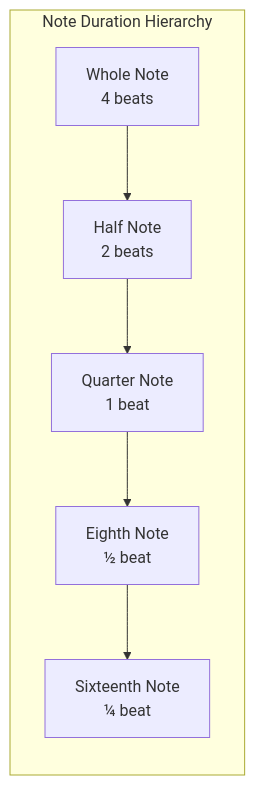
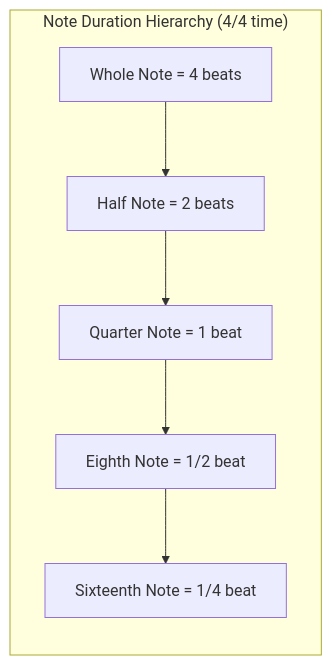
Before and after one commit to blebleblee/synapse: the first of 3 diagrams in topics/arts/composition/notation/lesson_02_notation_forms.md, drawn with Mermaid. The commit also changed other lines of this file and 3 other files, not shown here.

````diff
--- a/topics/arts/composition/notation/lesson_02_notation_forms.md
+++ b/topics/arts/composition/notation/lesson_02_notation_forms.md
@@ -31,9 +40,9 @@
 ```mermaid
 graph LR
-    subgraph sub_durations ["Note Duration Hierarchy"]
-        A["Whole Note<br>4 beats"] --> B["Half Note<br>2 beats"]
-        B --> C["Quarter Note<br>1 beat"]
-        C --> D["Eighth Note<br>½ beat"]
-        D --> E["Sixteenth Note<br>¼ beat"]
+    subgraph sub_durations ["Note Duration Hierarchy (4/4 time)"]
+        A["Whole Note = 4 beats"] --> B["Half Note = 2 beats"]
+        B --> C["Quarter Note = 1 beat"]
+        C --> D["Eighth Note = 1/2 beat"]
+        D --> E["Sixteenth Note = 1/4 beat"]
     end
 ```
````
